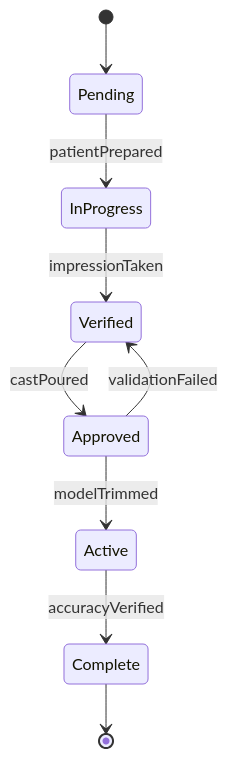
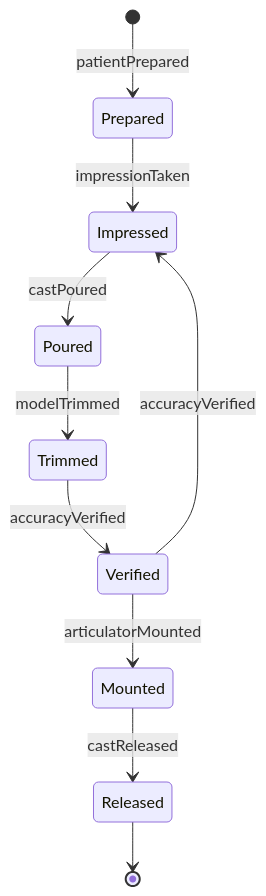
The second of 4 diagrams in HandlingAndMovingObjects/FabricateMedicalDevices/CastMoldsPatientAnatomiesCreate.mdx (dot-org-ai/tasks.org.ai), drawn with Mermaid before and after one commit. The commit also changed other lines of this file and 515 other files, not shown here.

````diff
--- a/HandlingAndMovingObjects/FabricateMedicalDevices/CastMoldsPatientAnatomiesCreate.mdx
+++ b/HandlingAndMovingObjects/FabricateMedicalDevices/CastMoldsPatientAnatomiesCreate.mdx
@@ -101,11 +102,12 @@
 ```mermaid
 stateDiagram-v2
-    [*] --> Pending
-    Pending --> InProgress : patientPrepared
-    InProgress --> Verified : impressionTaken
-    Verified --> Approved : castPoured
-    Approved --> Active : modelTrimmed
-    Active --> Complete : accuracyVerified
-    Approved --> Verified : validationFailed
-    Complete --> [*]
+    [*] --> Prepared : patientPrepared
+    Prepared --> Impressed : impressionTaken
+    Impressed --> Poured : castPoured
+    Poured --> Trimmed : modelTrimmed
+    Trimmed --> Verified : accuracyVerified
+    Verified --> Mounted : articulatorMounted
+    Mounted --> Released : castReleased
+    Verified --> Impressed : accuracyVerified
+    Released --> [*]
 ```
````
